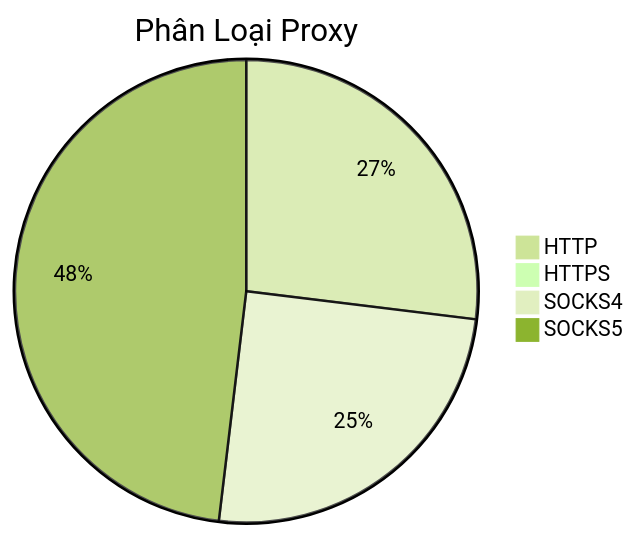
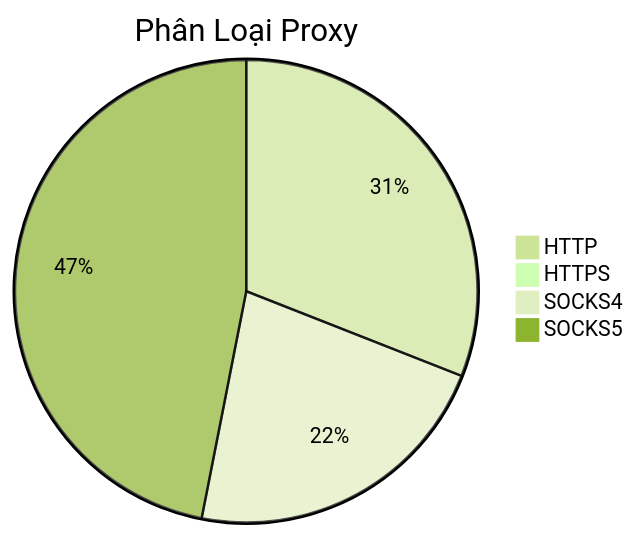
The diagram in README.md (Ciara-12/PROXY-free), drawn with Mermaid (forest theme) before and after one commit. The commit also changed other lines of this file and 4 other files, not shown here.

````diff
--- a/README.md
+++ b/README.md
@@ -26,7 +26,7 @@
 ```mermaid
 pie title Phân Loại Proxy
-    "HTTP" : 420
-    "HTTPS" : 1
-    "SOCKS4" : 389
-    "SOCKS5" : 750
+    "HTTP" : 631
+    "HTTPS" : 3
+    "SOCKS4" : 451
+    "SOCKS5" : 956
 ```
````
